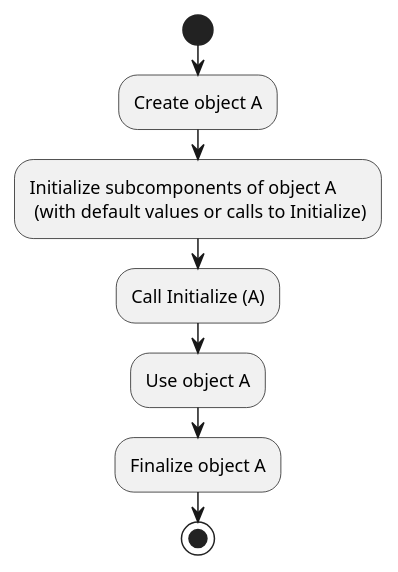
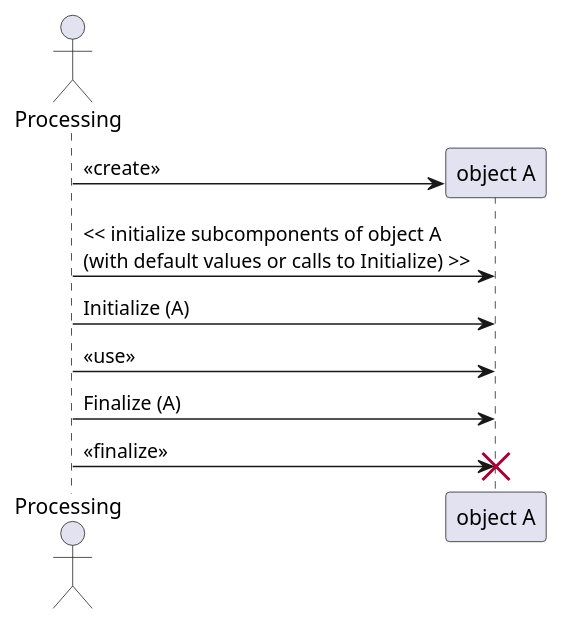
The sixth of 9 diagrams in content/courses/advanced-ada/parts/resource_management/controlled_types.rst (AdaCore/learn), drawn with PlantUML before and after one commit. The commit also changed other lines of this file, not shown here.

First line of the commit message:
Converting type of UML diagrams

```diff
--- a/content/courses/advanced-ada/parts/resource_management/controlled_types.rst
+++ b/content/courses/advanced-ada/parts/resource_management/controlled_types.rst
@@ -601,14 +610,15 @@
 .. uml::
    :align: center
-   :width: 200pt
+   :width: 300pt
 
     @startuml
-    start
-    :Create object A;
-    :Initialize subcomponents of object A
-     (with default values or calls to Initialize);
-    :Call Initialize (A);
-    :Use object A;
-    :Finalize object A;
-    stop
+        actor Processing
+        participant "object A" as A
+
+        Processing -> A ** : << create >>
+        Processing -> A : << initialize subcomponents of object A\n(with default values or calls to Initialize) >>
+        Processing -> A : Initialize (A)
+        Processing -> A : << use >>
+        Processing -> A : Finalize (A)
+        Processing -> A !! : << finalize >>
     @enduml
```
